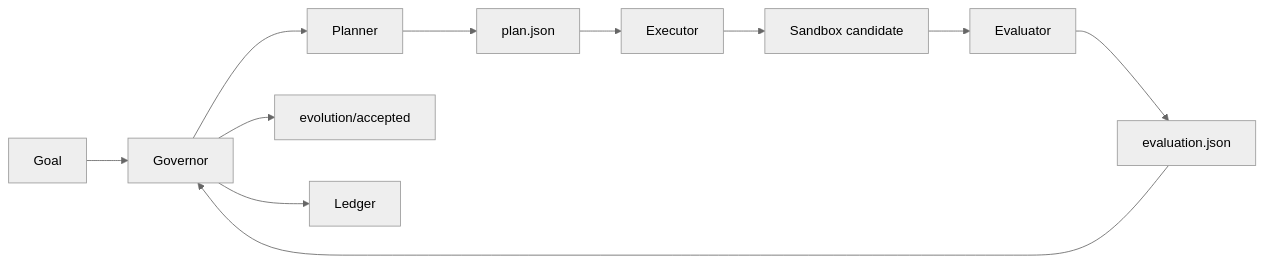
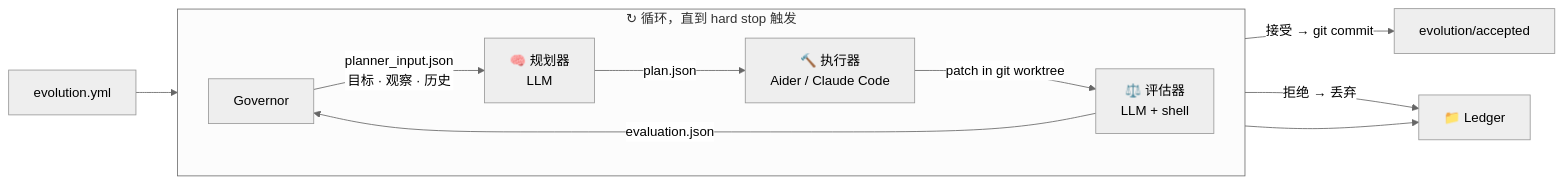
One commit to Protocol-zero-0/evolution-kernel changed the diagram in README.zh.md. Above: the diagram before and after it, drawn with Mermaid (neutral theme). The commit also changed other lines of this file and 1 other file, not shown here.

````diff
--- a/README.zh.md
+++ b/README.zh.md
@@ -41,13 +178,16 @@
 ```mermaid
 flowchart LR
-    Goal[Goal] --> Governor[Governor]
-    Governor --> Planner[Planner]
-    Planner --> Plan[plan.json]
-    Plan --> Executor[Executor]
-    Executor --> Candidate[Sandbox candidate]
-    Candidate --> Evaluator[Evaluator]
-    Evaluator --> Eval[evaluation.json]
-    Eval --> Governor
-    Governor --> Accepted[evolution/accepted]
-    Governor --> Ledger[Ledger]
+    Config[evolution.yml] --> Governor
+
+    subgraph loop ["↻  循环，直到 hard stop 触发"]
+        direction LR
+        Governor -->|"planner_input.json\n目标 · 观察 · 历史"| Planner["🧠 规划器\nLLM"]
+        Planner -->|plan.json| Executor["🔨 执行器\nAider / Claude Code"]
+        Executor -->|patch in git worktree| Evaluator["⚖️ 评估器\nLLM + shell"]
+        Evaluator -->|evaluation.json| Governor
+    end
+
+    Governor -->|"接受 → git commit"| Branch["evolution/accepted"]
+    Governor -->|"拒绝 → 丢弃"| Ledger[📁 Ledger]
+    Governor --> Ledger
 ```
````
